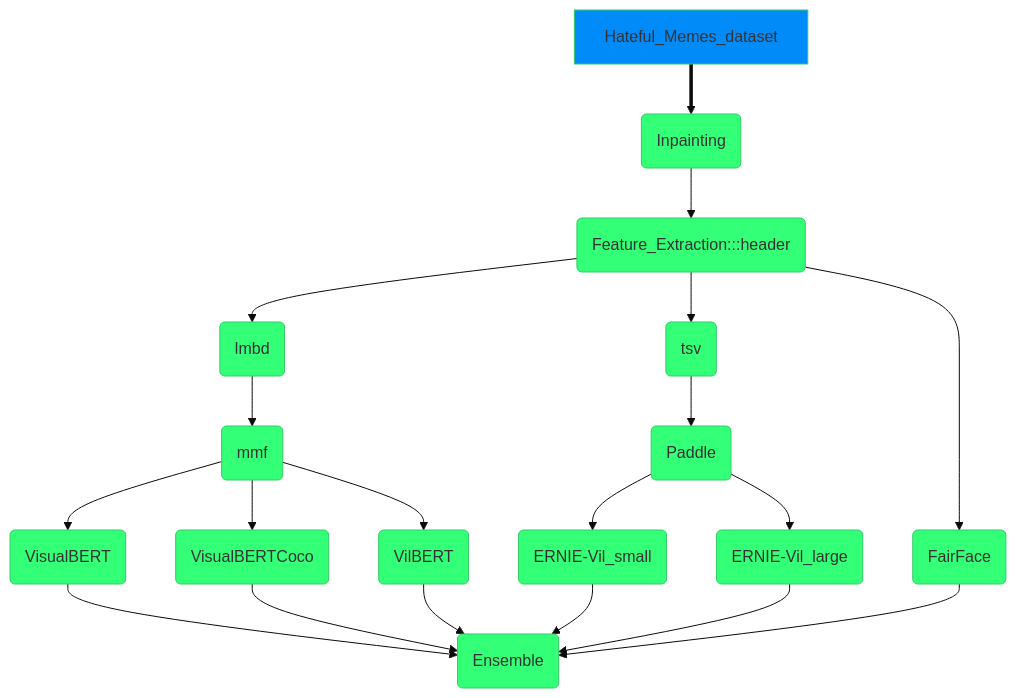
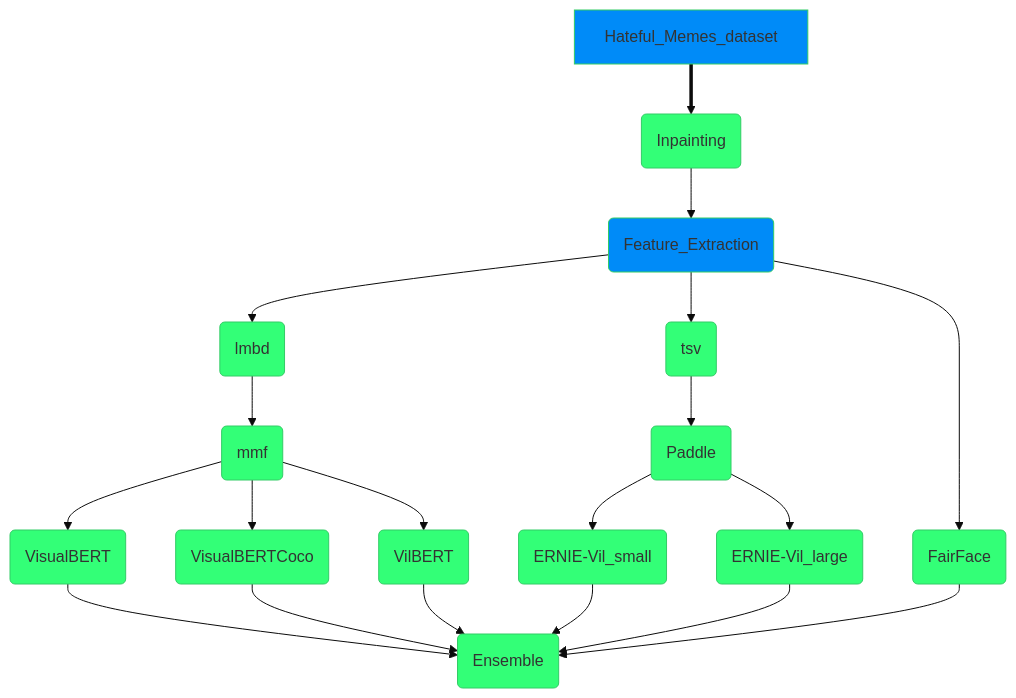
One commit to JanLeyva/approach_TFM changed the diagram in README.md. Above: the diagram before and after it, drawn with Mermaid.

````diff
--- a/README.md
+++ b/README.md
@@ -8,26 +8,26 @@
 ```mermaid
 %%{init: {'theme': 'base', 'themeVariables': { 'primaryColor': '#33FF77', 
 'edgeLabelBackground':'#030600', 'secondaryColor': '#050600','tertiaryColor': '#33CAFF',
 'defaultLinkColor': '#000605'}}}%%
   graph TD;
       Hateful_Memes_dataset:::header==>B(Inpainting);
-      B-->C(Feature_Extraction:::header)
-      C-->D(lmbd);
+      B-->C(Feature_Extraction)
+      C:::header-->D(lmbd);
       C-->E(tsv);
       C-->N(FairFace);
       E-->F(Paddle);
       F-->G(ERNIE-Vil_small);
       F-->M(ERNIE-Vil_large);
       D-->H(mmf);
       H-->I(VisualBERT);
       H-->J(VisualBERTCoco);
       H-->K(VilBERT);
       I-->L(Ensemble);
       J-->L;
       K-->L;
       G-->L;
       M-->L;
       N-->L;
       
       classDef header fill:#008BF8;
 ```
````
